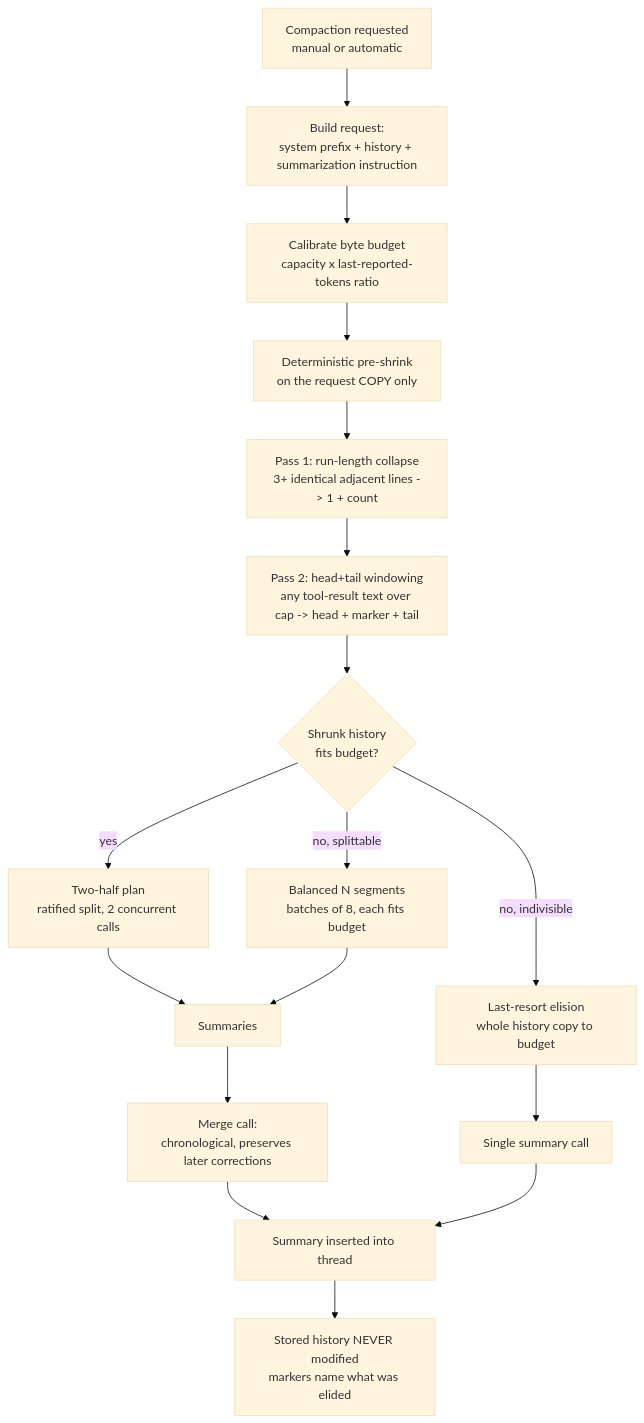
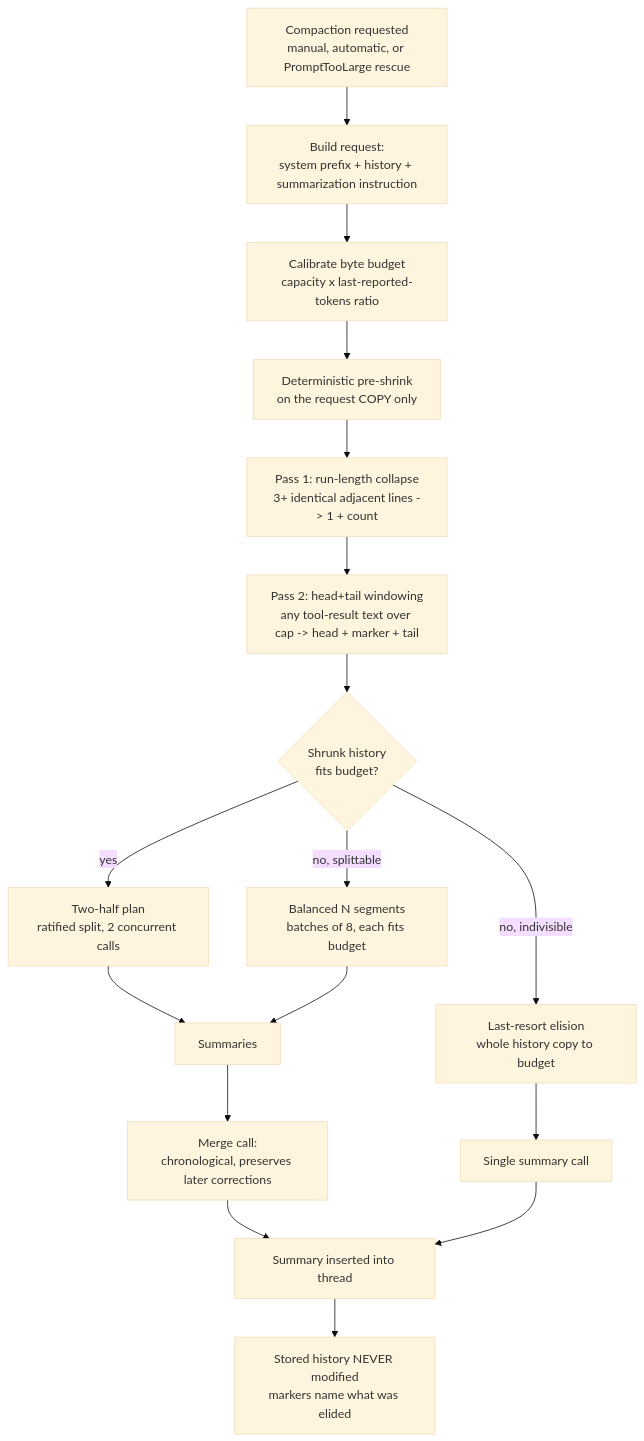
The diagram in kask/docs/architecture/compaction-pipeline-spec.md (mdz-axo/zed-kask), drawn with Mermaid (base theme) before and after one commit. The commit also changed other lines of this file and 4 other files, not shown here.

First line of the commit message:
Rescue PromptTooLarge turn rejections with one forced compaction

````diff
--- a/kask/docs/architecture/compaction-pipeline-spec.md
+++ b/kask/docs/architecture/compaction-pipeline-spec.md
@@ -26,19 +47,19 @@
 ```mermaid
 flowchart TD
-    A[Compaction requested<br/>manual or automatic] --> B[Build request:<br/>system prefix + history + summarization instruction]
+    A[Compaction requested<br/>manual, automatic, or PromptTooLarge rescue] --> B[Build request:<br/>system prefix + history + summarization instruction]
     B --> C[Calibrate byte budget<br/>capacity x last-reported-tokens ratio]
     C --> D[Deterministic pre-shrink<br/>on the request COPY only]
     D --> D1[Pass 1: run-length collapse<br/>3+ identical adjacent lines -> 1 + count]
     D1 --> D2[Pass 2: head+tail windowing<br/>any tool-result text over cap -> head + marker + tail]
     D2 --> E{Shrunk history<br/>fits budget?}
     E -->|yes| F[Two-half plan<br/>ratified split, 2 concurrent calls]
     E -->|no, splittable| G[Balanced N segments<br/>batches of 8, each fits budget]
     E -->|no, indivisible| H[Last-resort elision<br/>whole history copy to budget]
     F --> I[Summaries]
     G --> I
     H --> J[Single summary call]
     I --> K[Merge call:<br/>chronological, preserves later corrections]
     K --> L[Summary inserted into thread]
     J --> L
     L --> M[Stored history NEVER modified<br/>markers name what was elided]
 ```
````
